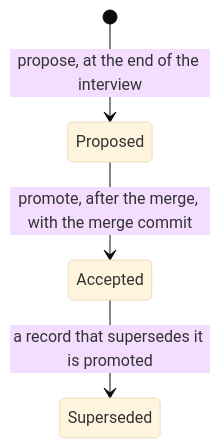
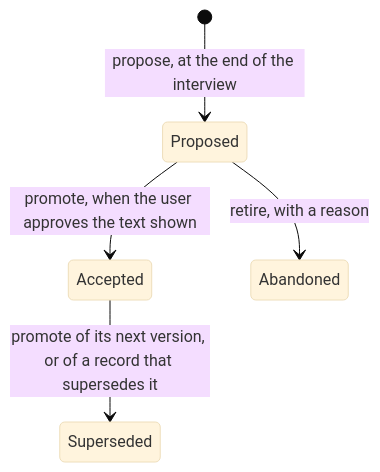
The diagram in docs/decision-records.md (acaprino/daodan), drawn with Mermaid (base theme) before and after one commit. The commit also changed other lines of this file and 286 other files, not shown here.

````diff
--- a/docs/decision-records.md
+++ b/docs/decision-records.md
@@ -41,6 +48,7 @@
 ```mermaid
 stateDiagram-v2
     [*] --> Proposed: propose, at the end of the interview
-    Proposed --> Accepted: promote, after the merge, with the merge commit
-    Accepted --> Superseded: a record that supersedes it is promoted
+    Proposed --> Accepted: promote, when the user approves the text shown
+    Proposed --> Abandoned: retire, with a reason
+    Accepted --> Superseded: promote of its next version, or of a record that supersedes it
 ```
````
